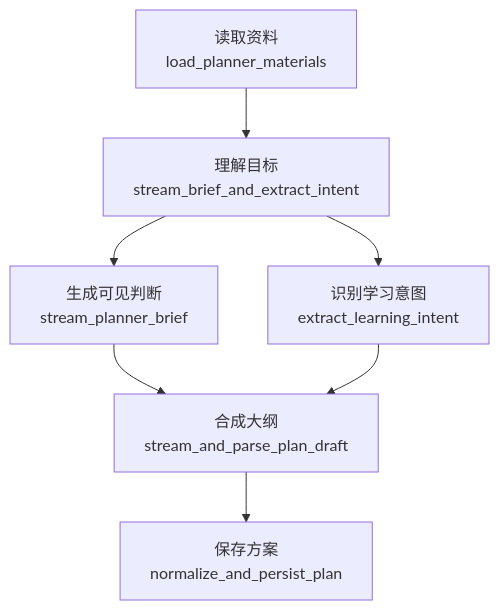
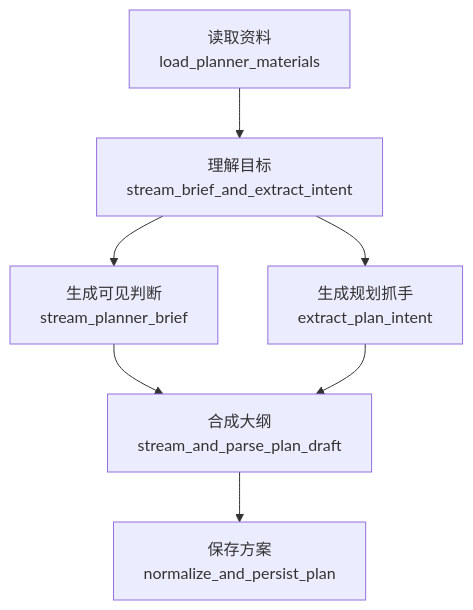
Before and after one commit to aiteachme/AITeachMe: the diagram in backend/app/workflows/digest/planner/README.md, drawn with Mermaid. The commit also changed other lines of this file and 13 other files, not shown here.

````diff
--- a/backend/app/workflows/digest/planner/README.md
+++ b/backend/app/workflows/digest/planner/README.md
@@ -112,16 +112,16 @@
 ```mermaid
 flowchart TD
     A["读取资料<br/>load_planner_materials"]
     B["理解目标<br/>stream_brief_and_extract_intent"]
     B1["生成可见判断<br/>stream_planner_brief"]
-    B2["识别学习意图<br/>extract_learning_intent"]
+    B2["生成规划抓手<br/>extract_plan_intent"]
     C["合成大纲<br/>stream_and_parse_plan_draft"]
     D["保存方案<br/>normalize_and_persist_plan"]
 
     A --> B
     B --> B1
     B --> B2
     B1 --> C
     B2 --> C
     C --> D
 ```
````
